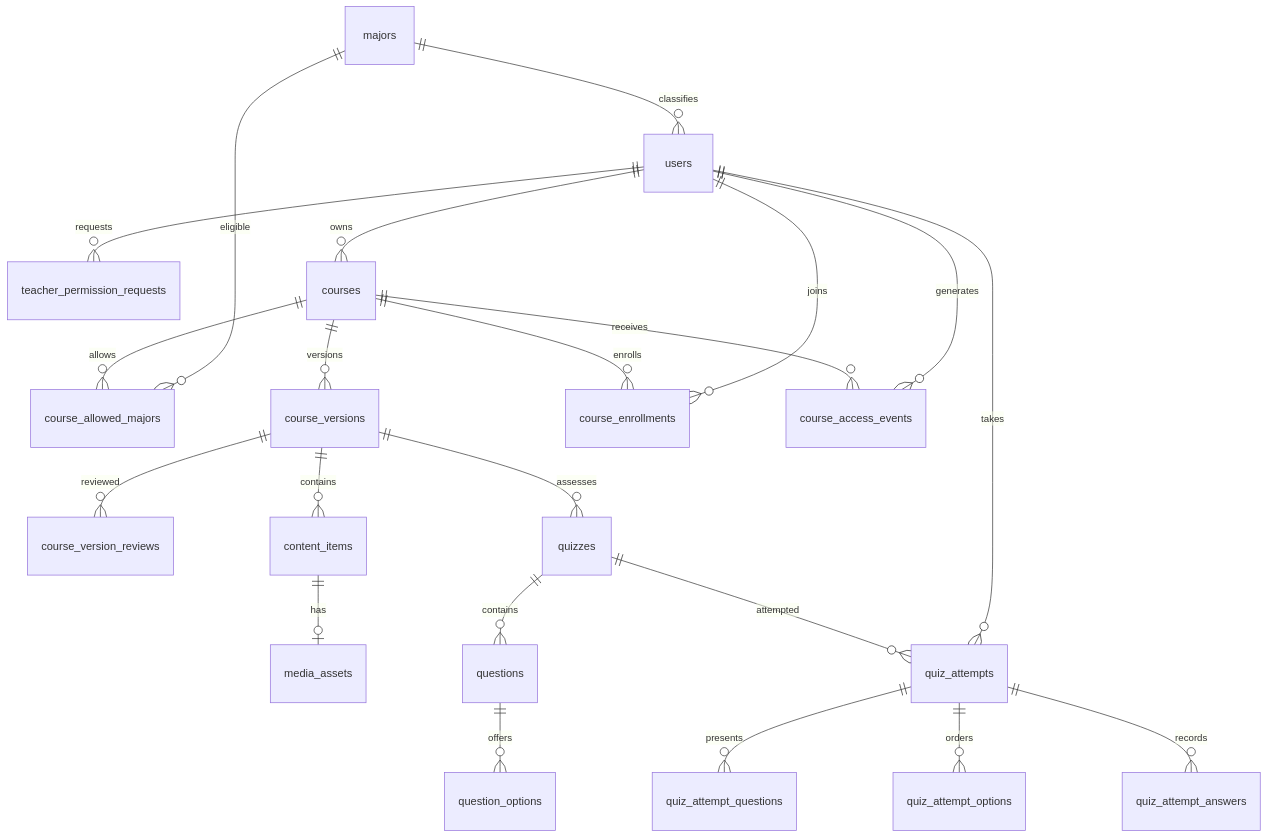
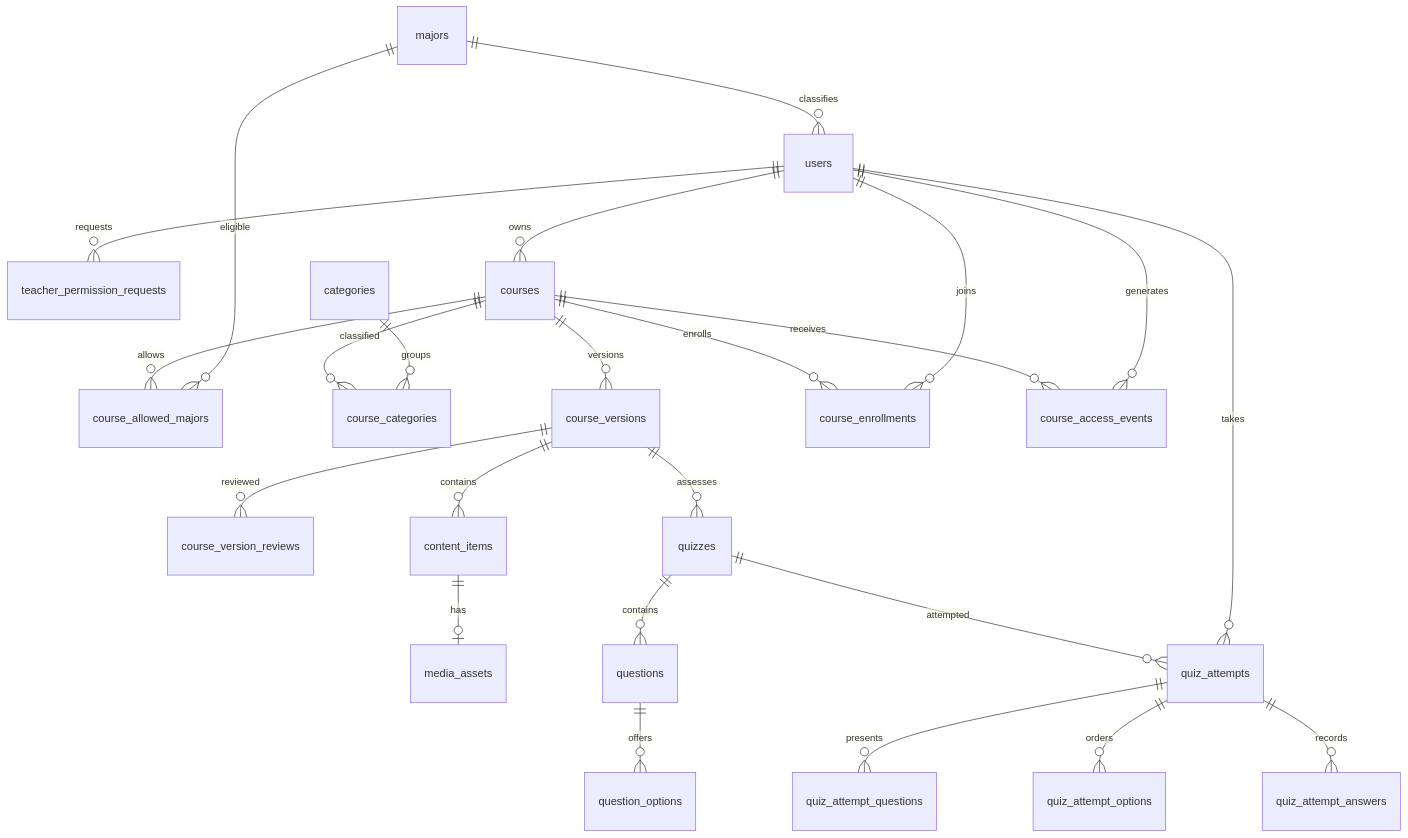
Before and after one commit to Mosuzzzz/Institute_X: the diagram in docs/Institute Xschema Aug 25 2026.md, drawn with Mermaid. The commit also changed other lines of this file and 29 other files, not shown here.

First line of the commit message:
feat: add course categories and filtering functionality

````diff
--- a/docs/Institute Xschema Aug 25 2026.md
+++ b/docs/Institute Xschema Aug 25 2026.md
@@ -273,24 +296,26 @@
 ```mermaid
 erDiagram
     majors ||--o{ users : classifies
     users ||--o{ teacher_permission_requests : requests
     users ||--o{ courses : owns
     courses ||--o{ course_allowed_majors : allows
     majors ||--o{ course_allowed_majors : eligible
+    courses ||--o{ course_categories : classified
+    categories ||--o{ course_categories : groups
     courses ||--o{ course_versions : versions
     course_versions ||--o{ course_version_reviews : reviewed
     course_versions ||--o{ content_items : contains
     content_items ||--o| media_assets : has
     course_versions ||--o{ quizzes : assesses
     quizzes ||--o{ questions : contains
     questions ||--o{ question_options : offers
     courses ||--o{ course_enrollments : enrolls
     users ||--o{ course_enrollments : joins
     quizzes ||--o{ quiz_attempts : attempted
     users ||--o{ quiz_attempts : takes
     quiz_attempts ||--o{ quiz_attempt_questions : presents
     quiz_attempts ||--o{ quiz_attempt_options : orders
     quiz_attempts ||--o{ quiz_attempt_answers : records
     courses ||--o{ course_access_events : receives
     users ||--o{ course_access_events : generates
 ```
````
